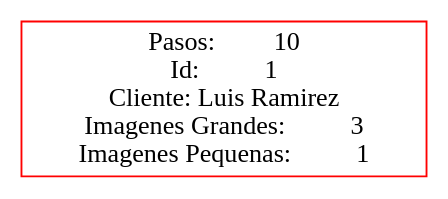
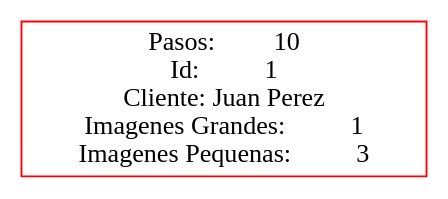
Before and after one commit to FranklinONP/EDD_PROYECTO_202200089: the diagram in Proyecto1/Proyecto1_202200089/Pruebas/PJ/especifico.dot, drawn with Graphviz. The commit also changed 21 other files, not shown here.

```diff
--- a/Proyecto1/Proyecto1_202200089/Pruebas/PJ/especifico.dot
+++ b/Proyecto1/Proyecto1_202200089/Pruebas/PJ/especifico.dot
@@ -1,4 +1,4 @@
  digraph G {
  rankdir=LR;
- node1 [label="Pasos:         10\nId:          1\nCliente: Luis Ramirez\nImagenes Grandes:          3\nImagenes Pequenas:          1", color="red", shape="rectangle"];
+ node1 [label="Pasos:         10\nId:          1\nCliente: Juan Perez\nImagenes Grandes:          1\nImagenes Pequenas:          3", color="red", shape="rectangle"];
  }
```
